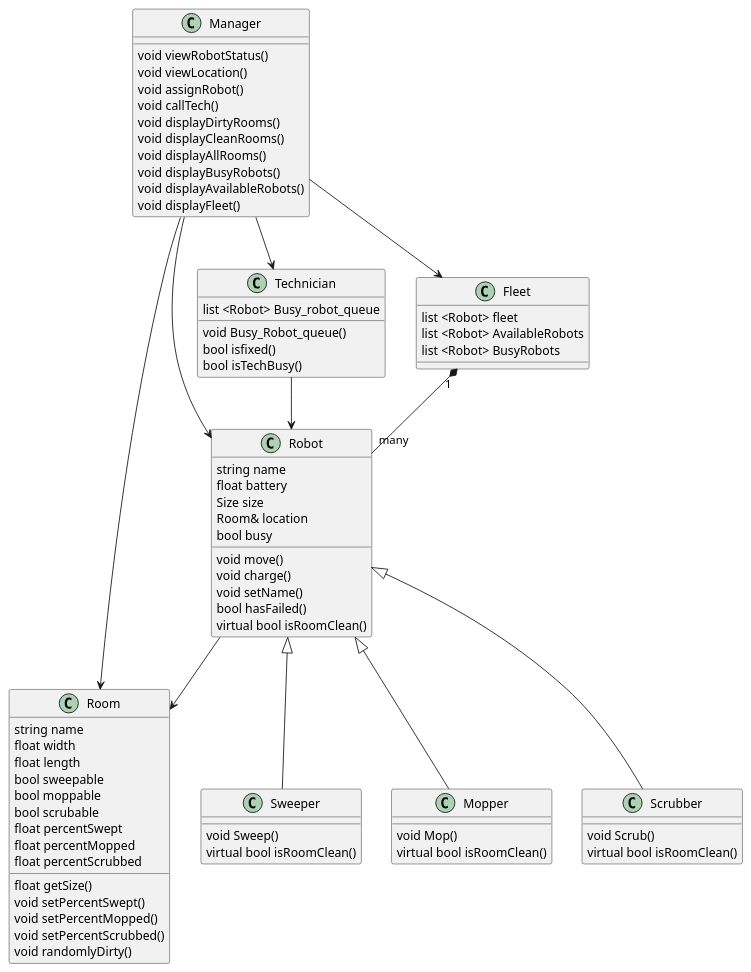
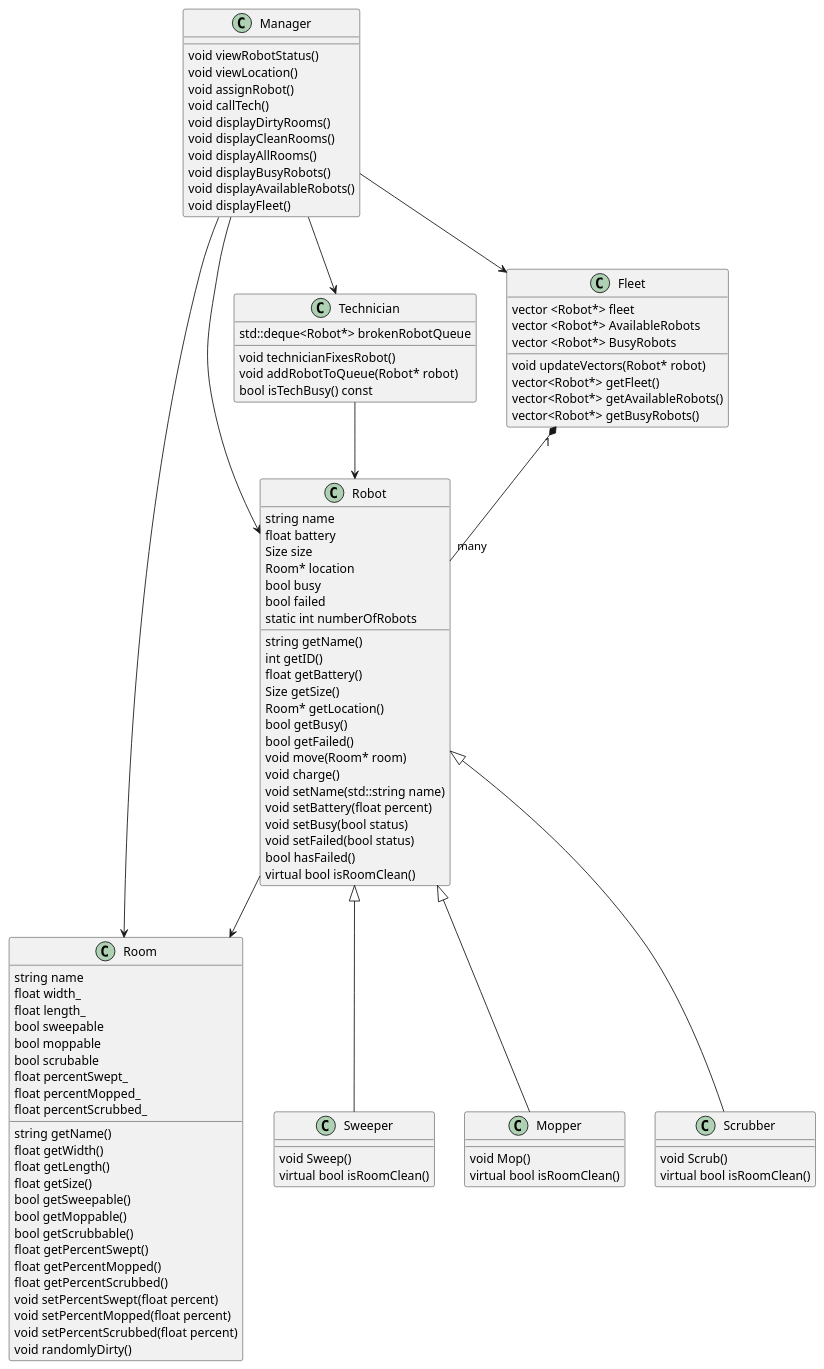
One commit to ur-cs-courses/course-project-catch-up changed the diagram in docs/design/classdiagram/ClassDiagram.puml. Above: the diagram before and after it, drawn with PlantUML. The commit also changed 15 other files, not shown here.

```diff
--- a/docs/design/classdiagram/ClassDiagram.puml
+++ b/docs/design/classdiagram/ClassDiagram.puml
@@ -1,101 +1,128 @@
 @startuml Class Diagram
 
 'Manager uses Room
 Manager --> Room
 'Manager uses Robot
 Manager --> Robot
 'Manager uses Technician
 Manager --> Technician
 'Manager uses Fleet'
 Manager --> Fleet
 
 
 'Sweeper is a Robot
 Robot <|-- Sweeper
 'Mopper is a Robot
 Robot <|-- Mopper
 'Scrubber is a Robot
 Robot <|-- Scrubber
 'Technician uses Robot
 Technician --> Robot
 'Robot uses Room
 Robot --> Room
 'One Fleet contains many robots
 Fleet "1" *-- "many" Robot
 
 
 class Manager
 Manager : void viewRobotStatus()
 Manager : void viewLocation()
 Manager : void assignRobot()
 Manager : void callTech()
 Manager : void displayDirtyRooms()
 Manager : void displayCleanRooms()
 Manager : void displayAllRooms()
 Manager : void displayBusyRobots()
 Manager : void displayAvailableRobots()
 Manager : void displayFleet()
 
 class Room{
 string name
-float width
-float length
+float width_
+float length_
 bool sweepable
 bool moppable
 bool scrubable
-float percentSwept
-float percentMopped
-float percentScrubbed
+float percentSwept_
+float percentMopped_
+float percentScrubbed_
 
+string getName()
+float getWidth()
+float getLength()
 float getSize()
-void setPercentSwept()
-void setPercentMopped()
-void setPercentScrubbed()
+bool getSweepable()
+bool getMoppable()
+bool getScrubbable()
+float getPercentSwept()
+float getPercentMopped()
+float getPercentScrubbed()
+void setPercentSwept(float percent)
+void setPercentMopped(float percent)
+void setPercentScrubbed(float percent)
 void randomlyDirty()
 }
 
 class Robot{
 string name
 float battery 
 Size size
-Room& location
+Room* location
 bool busy
+bool failed
+static int numberOfRobots
 
-void move()
+string getName()
+int getID()
+float getBattery()
+Size getSize()
+Room* getLocation()
+bool getBusy()
+bool getFailed()
+void move(Room* room)
 void charge()
-void setName()
+void setName(std::string name)
+void setBattery(float percent)
+void setBusy(bool status)
+void setFailed(bool status)
 bool hasFailed()
 virtual bool isRoomClean()
 }
 
 class Fleet{
-      list <Robot> fleet
-      list <Robot> AvailableRobots
-      list <Robot> BusyRobots
+      vector <Robot*> fleet
+      vector <Robot*> AvailableRobots
+      vector <Robot*> BusyRobots
+
+      void updateVectors(Robot* robot)
+      vector<Robot*> getFleet()
+      vector<Robot*> getAvailableRobots()
+      vector<Robot*> getBusyRobots()
 
 }
 
 class Technician{
-    void Busy_Robot_queue() 
-    bool isfixed()
-    bool isTechBusy()
-    list <Robot> Busy_robot_queue
+    std::deque<Robot*> brokenRobotQueue
+
+    void technicianFixesRobot()
+    void addRobotToQueue(Robot* robot)
+    bool isTechBusy() const
 
 }
 
 class Sweeper{
     void Sweep()
     virtual bool isRoomClean()
 }
 
 class Scrubber{
     void Scrub()
     virtual bool isRoomClean()
 }
 
 class Mopper{
     void Mop()
     virtual bool isRoomClean()
 }
 
 @enduml
```
